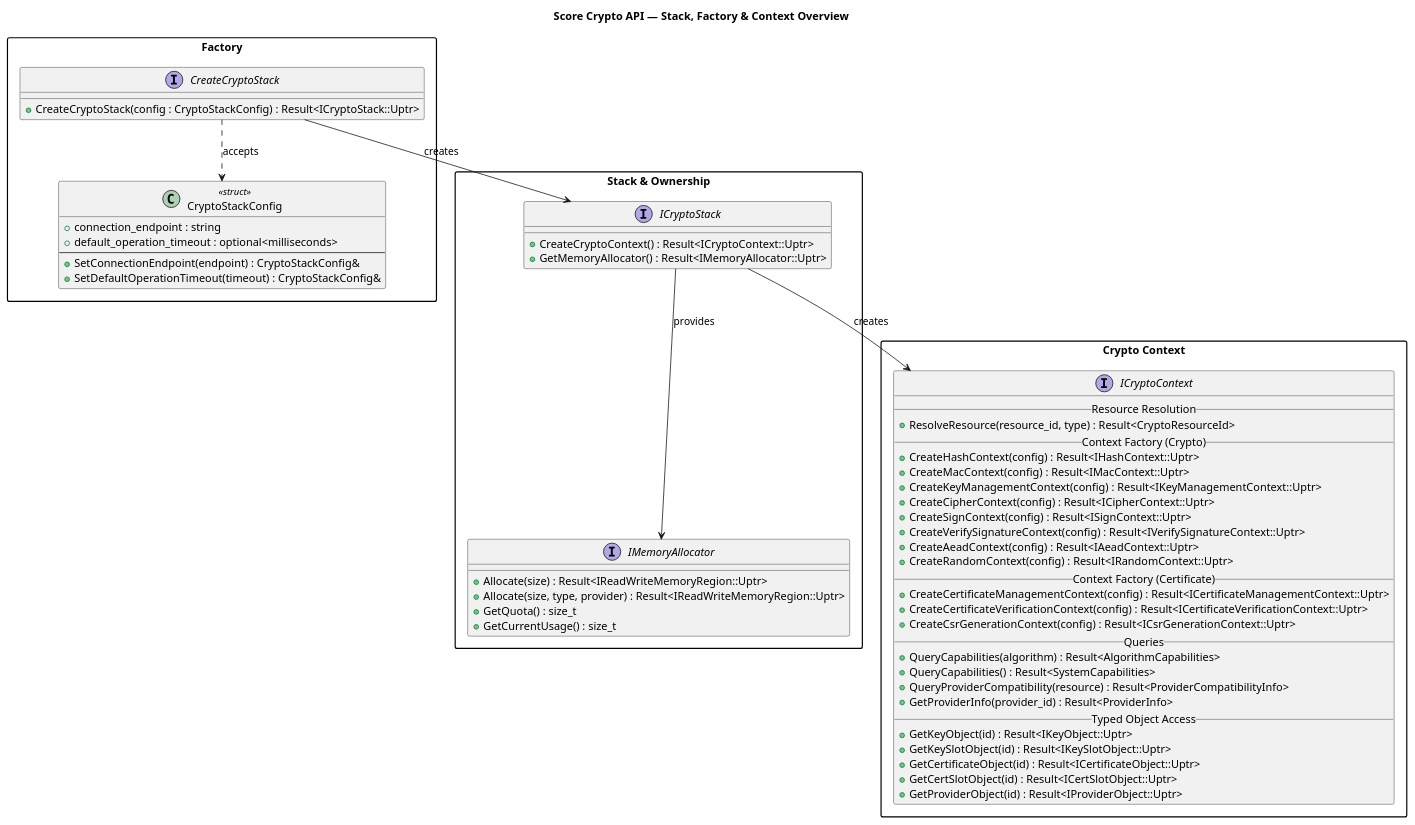
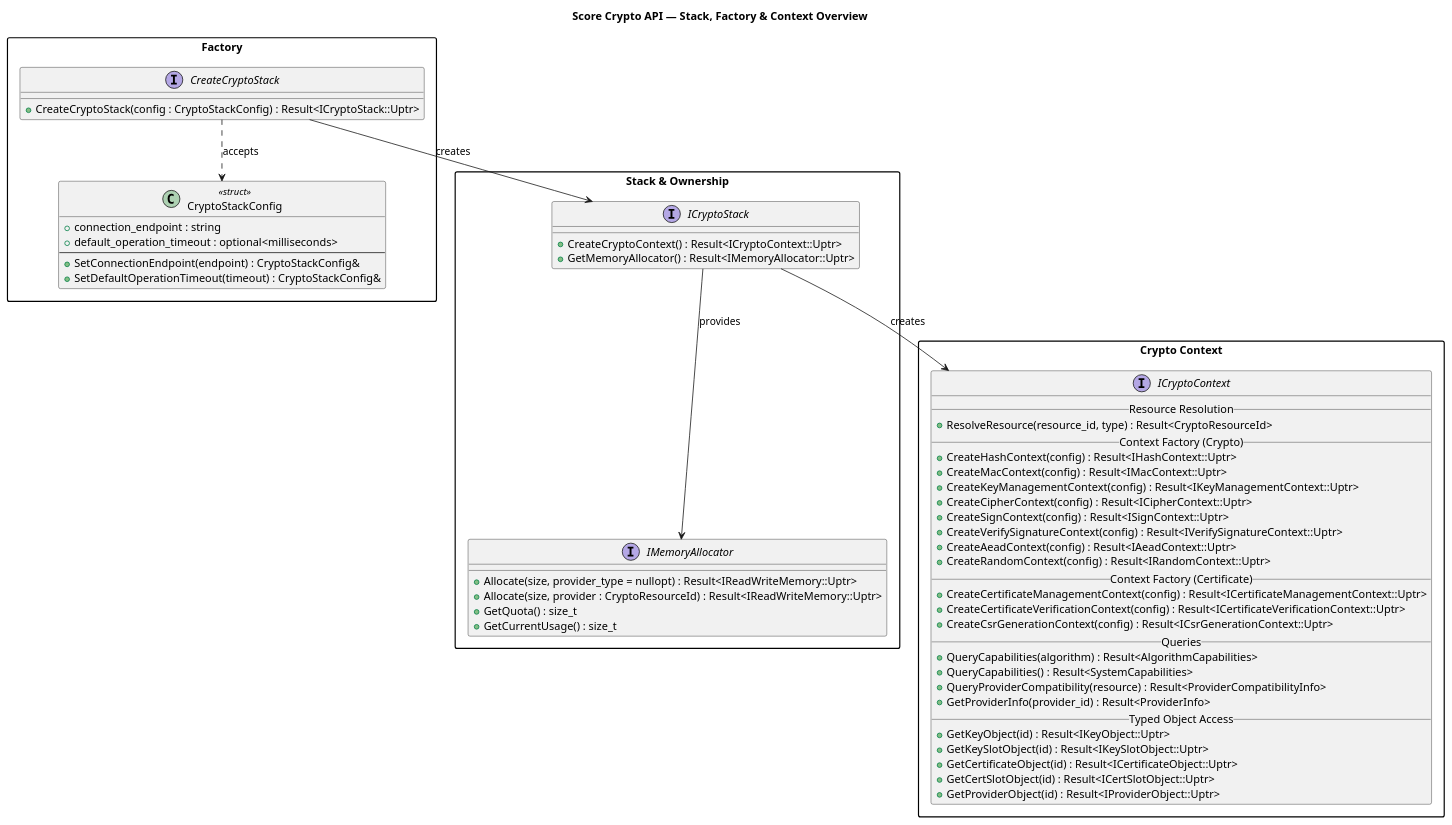
One commit to MaximilianSoerenPollak/inc_security_crypto changed the diagram in score/crypto/docs/architecture/api_overview.puml. Above: the diagram before and after it, drawn with PlantUML. The commit also changed 110 other files, not shown here.

```diff
--- a/score/crypto/docs/architecture/api_overview.puml
+++ b/score/crypto/docs/architecture/api_overview.puml
@@ -1,86 +1,86 @@
 @startuml score_crypto_api_overview
 
 title Score Crypto API — Stack, Factory & Context Overview
 
 skinparam packageStyle rectangle
 
 ' ============================================================
 ' Factory
 ' ============================================================
 package "Factory" {
     class CryptoStackConfig <<struct>> {
         + connection_endpoint : string
         + default_operation_timeout : optional<milliseconds>
         ---
         + SetConnectionEndpoint(endpoint) : CryptoStackConfig&
         + SetDefaultOperationTimeout(timeout) : CryptoStackConfig&
     }
 
     interface "CreateCryptoStack" as CreateCryptoStack {
         + CreateCryptoStack(config : CryptoStackConfig) : Result<ICryptoStack::Uptr>
     }
 }
 
 ' ============================================================
 ' Stack & Resource Ownership
 ' ============================================================
 package "Stack & Ownership" {
     interface ICryptoStack {
         + CreateCryptoContext() : Result<ICryptoContext::Uptr>
         + GetMemoryAllocator() : Result<IMemoryAllocator::Uptr>
     }
 
     interface IMemoryAllocator {
-        + Allocate(size) : Result<IReadWriteMemoryRegion::Uptr>
-        + Allocate(size, type, provider) : Result<IReadWriteMemoryRegion::Uptr>
+        + Allocate(size, provider_type = nullopt) : Result<IReadWriteMemory::Uptr>
+        + Allocate(size, provider : CryptoResourceId) : Result<IReadWriteMemory::Uptr>
         + GetQuota() : size_t
         + GetCurrentUsage() : size_t
     }
 
 }
 
 ' ============================================================
 ' ICryptoContext
 ' ============================================================
 package "Crypto Context" {
     interface ICryptoContext {
         __ Resource Resolution __
         + ResolveResource(resource_id, type) : Result<CryptoResourceId>
         __ Context Factory (Crypto) __
         + CreateHashContext(config) : Result<IHashContext::Uptr>
         + CreateMacContext(config) : Result<IMacContext::Uptr>
         + CreateKeyManagementContext(config) : Result<IKeyManagementContext::Uptr>
         + CreateCipherContext(config) : Result<ICipherContext::Uptr>
         + CreateSignContext(config) : Result<ISignContext::Uptr>
         + CreateVerifySignatureContext(config) : Result<IVerifySignatureContext::Uptr>
         + CreateAeadContext(config) : Result<IAeadContext::Uptr>
         + CreateRandomContext(config) : Result<IRandomContext::Uptr>
         __ Context Factory (Certificate) __
         + CreateCertificateManagementContext(config) : Result<ICertificateManagementContext::Uptr>
         + CreateCertificateVerificationContext(config) : Result<ICertificateVerificationContext::Uptr>
         + CreateCsrGenerationContext(config) : Result<ICsrGenerationContext::Uptr>
         __ Queries __
         + QueryCapabilities(algorithm) : Result<AlgorithmCapabilities>
         + QueryCapabilities() : Result<SystemCapabilities>
         + QueryProviderCompatibility(resource) : Result<ProviderCompatibilityInfo>
         + GetProviderInfo(provider_id) : Result<ProviderInfo>
         __ Typed Object Access __
         + GetKeyObject(id) : Result<IKeyObject::Uptr>
         + GetKeySlotObject(id) : Result<IKeySlotObject::Uptr>
         + GetCertificateObject(id) : Result<ICertificateObject::Uptr>
         + GetCertSlotObject(id) : Result<ICertSlotObject::Uptr>
         + GetProviderObject(id) : Result<IProviderObject::Uptr>
     }
 
     ICryptoContext -[hidden]-> ICryptoStack
 }
 
 ' ============================================================
 ' Relationships
 ' ============================================================
 CreateCryptoStack ..> CryptoStackConfig : accepts
 CreateCryptoStack --> ICryptoStack : creates
 ICryptoStack --> ICryptoContext : creates
 ICryptoStack --> IMemoryAllocator : provides
 
 @enduml
```
